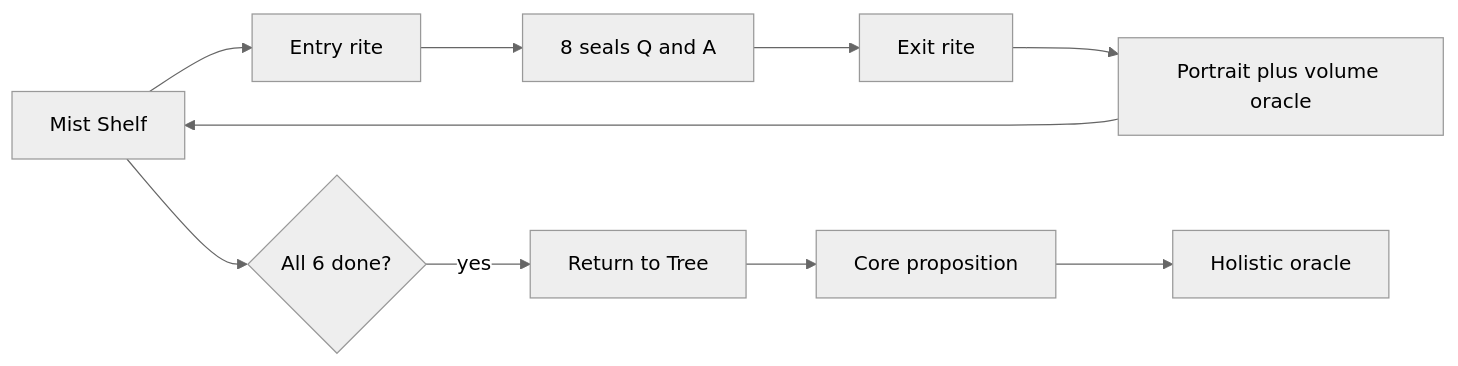
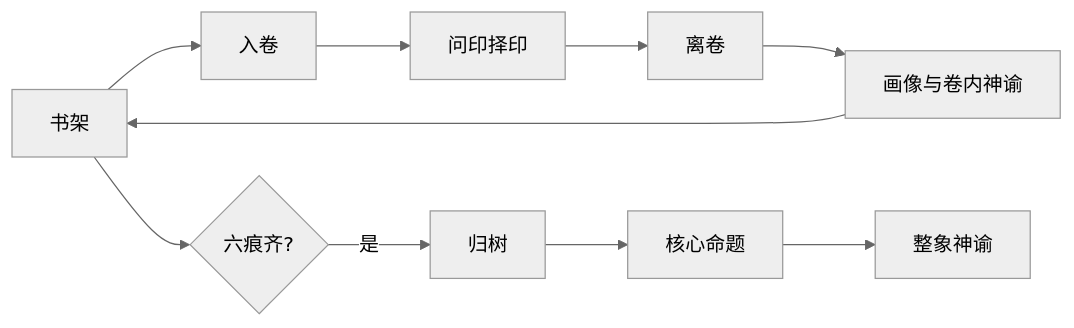
The diagram in README.md (huter927419-sys/psyche-tree-demo), drawn with Mermaid (neutral theme) before and after one commit. The commit also changed other lines of this file and 65 other files, not shown here.

````diff
--- a/README.md
+++ b/README.md
@@ -81,12 +104,12 @@
 ```mermaid
 flowchart LR
-  A[Mist Shelf] --> B[Entry rite]
-  B --> C[8 seals Q and A]
-  C --> D[Exit rite]
-  D --> E[Portrait plus volume oracle]
+  A[书架] --> B[入卷]
+  B --> C[问印择印]
+  C --> D[离卷]
+  D --> E[画像与卷内神谕]
   E --> A
-  A --> F{All 6 done?}
-  F -->|yes| G[Return to Tree]
-  G --> H[Core proposition]
-  H --> I[Holistic oracle]
+  A --> F{六痕齐?}
+  F -->|是| G[归树]
+  G --> H[核心命题]
+  H --> I[整象神谕]
 ```
````
